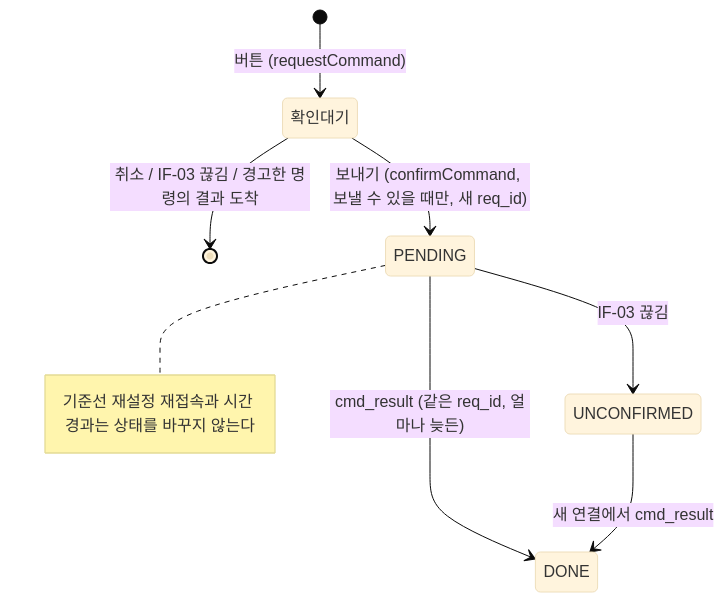
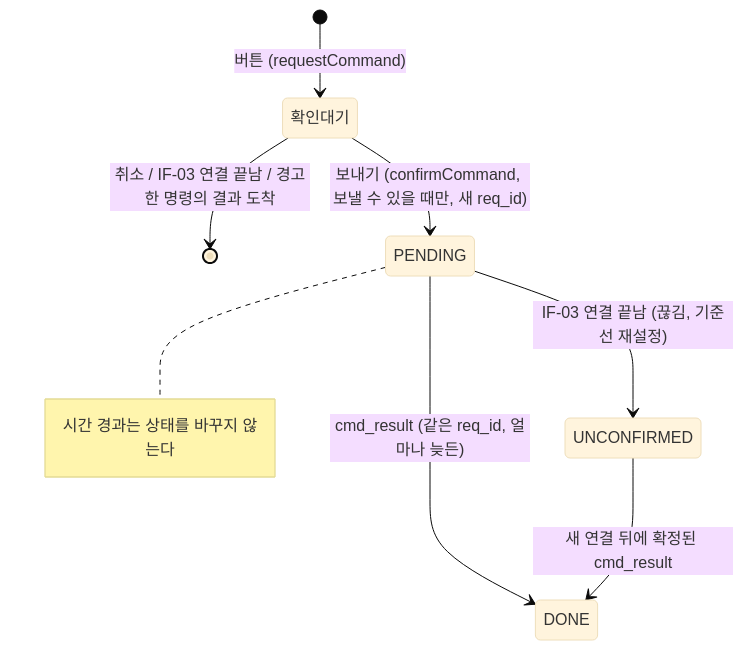
One commit to PuniPaw/ugv-control-hmi changed the seventh of 7 diagrams in docs/03_SDD.md. Above: the diagram before and after it, drawn with Mermaid (base theme). The commit also changed other lines of this file and 2 other files, not shown here.

First line of the commit message:
docs: SDD v0.4.3, STP v0.20, GLOSSARY 결과 미확인 (PR #35 3차 리뷰) [REQ-CMD-001]

````diff
--- a/docs/03_SDD.md
+++ b/docs/03_SDD.md
@@ -324,10 +325,10 @@
 ```mermaid
 stateDiagram-v2
     [*] --> 확인대기: 버튼 (requestCommand)
-    확인대기 --> [*]: 취소 / IF-03 끊김 / 경고한 명령의 결과 도착
+    확인대기 --> [*]: 취소 / IF-03 연결 끝남 / 경고한 명령의 결과 도착
     확인대기 --> PENDING: 보내기 (confirmCommand, 보낼 수 있을 때만, 새 req_id)
     PENDING --> DONE: cmd_result (같은 req_id, 얼마나 늦든)
-    PENDING --> UNCONFIRMED: IF-03 끊김
-    note right of PENDING: 기준선 재설정 재접속과 시간 경과는 상태를 바꾸지 않는다
-    UNCONFIRMED --> DONE: 새 연결에서 cmd_result
+    PENDING --> UNCONFIRMED: IF-03 연결 끝남 (끊김, 기준선 재설정)
+    note right of PENDING: 시간 경과는 상태를 바꾸지 않는다
+    UNCONFIRMED --> DONE: 새 연결 뒤에 확정된 cmd_result
 ```
````
